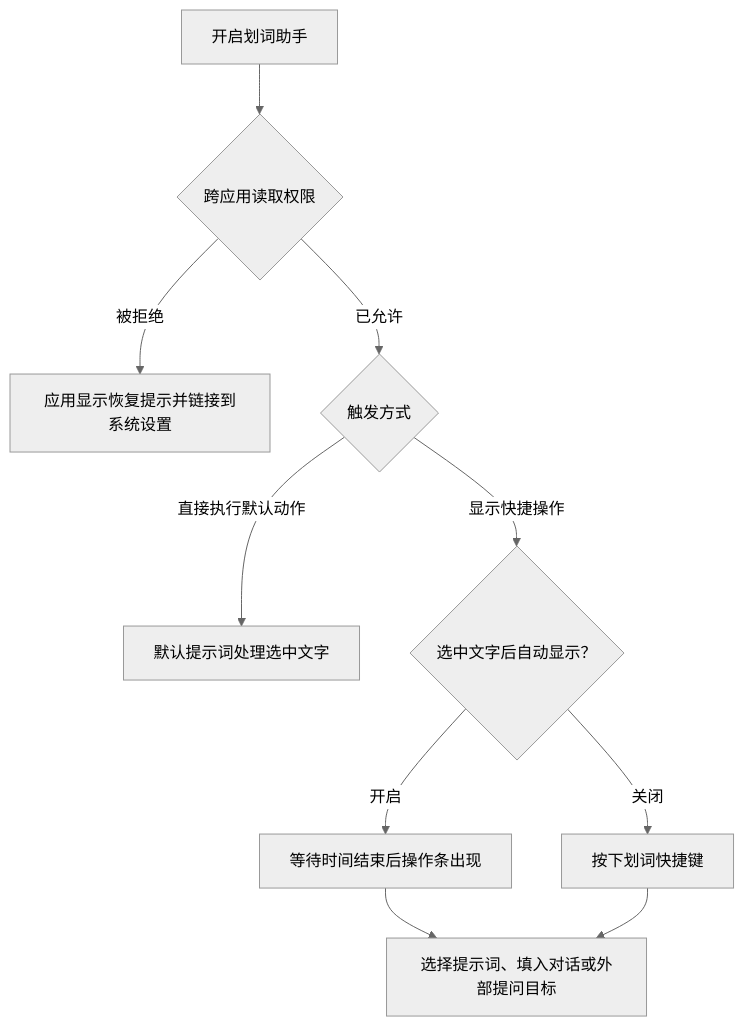
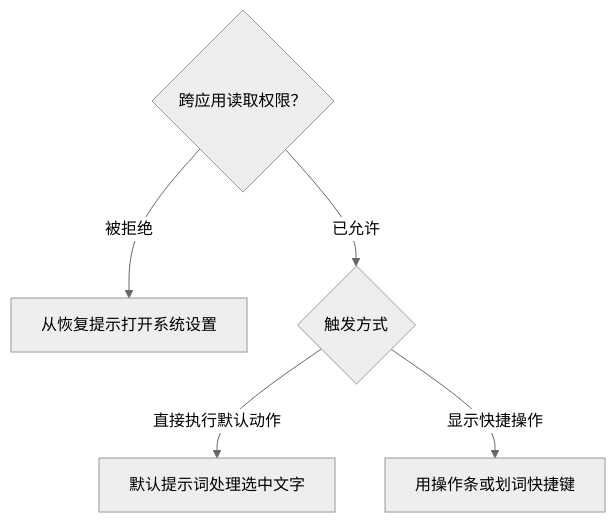
One commit to shiquda/SpotAsk changed the diagram in docs/site/zh-CN/guides/selection-assistant.md. Above: the diagram before and after it, drawn with Mermaid (neutral theme). The commit also changed other lines of this file and 14 other files, not shown here.

First line of the commit message:
fix(docs): render mermaid labels as SVG text and style nodes by type (#39)

````diff
--- a/docs/site/zh-CN/guides/selection-assistant.md
+++ b/docs/site/zh-CN/guides/selection-assistant.md
@@ -19,12 +19,11 @@
-```mermaid 划词助手流程：权限、触发方式，以及动作如何作用于选中文字
+```mermaid 划词助手：先看权限，再看你选的触发方式
 flowchart TD
-  A[开启划词助手] --> B{跨应用读取权限}
-  B -->|被拒绝| C[应用显示恢复提示并链接到系统设置]
-  B -->|已允许| D{触发方式}
-  D -->|直接执行默认动作| E[默认提示词处理选中文字]
-  D -->|显示快捷操作| F{选中文字后自动显示？}
-  F -->|开启| G[等待时间结束后操作条出现]
-  F -->|关闭| H[按下划词快捷键]
-  G --> I[选择提示词、填入对话或外部提问目标]
-  H --> I
+  A{跨应用读取权限？}
+  A -->|被拒绝| B[从恢复提示打开系统设置]
+  A -->|已允许| C{触发方式}
+  C -->|直接执行默认动作| D[默认提示词处理选中文字]
+  C -->|显示快捷操作| E[用操作条或划词快捷键]
+  class A entry
+  class C decision
+  class B,D,E outcome
 ```
````
